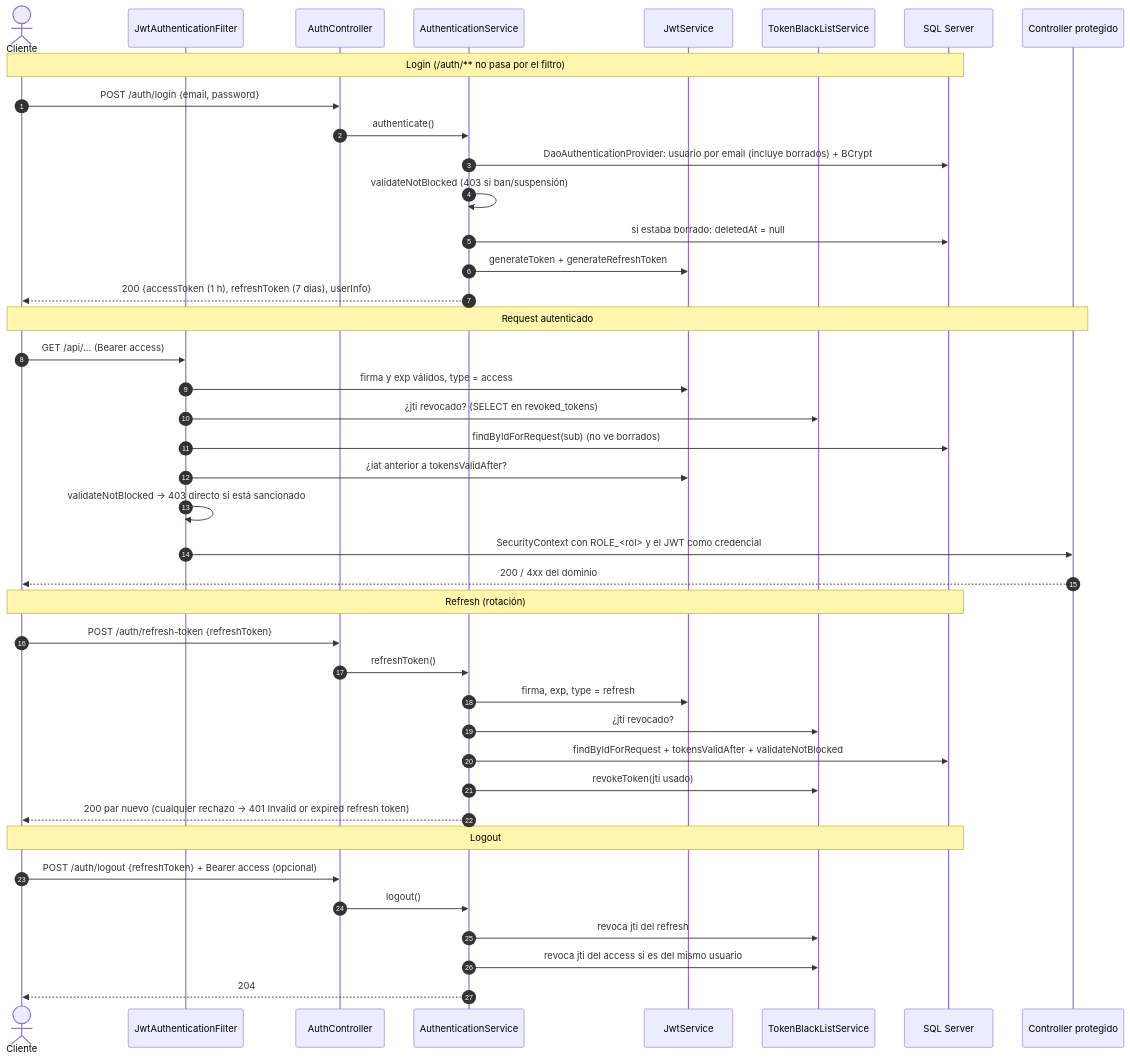
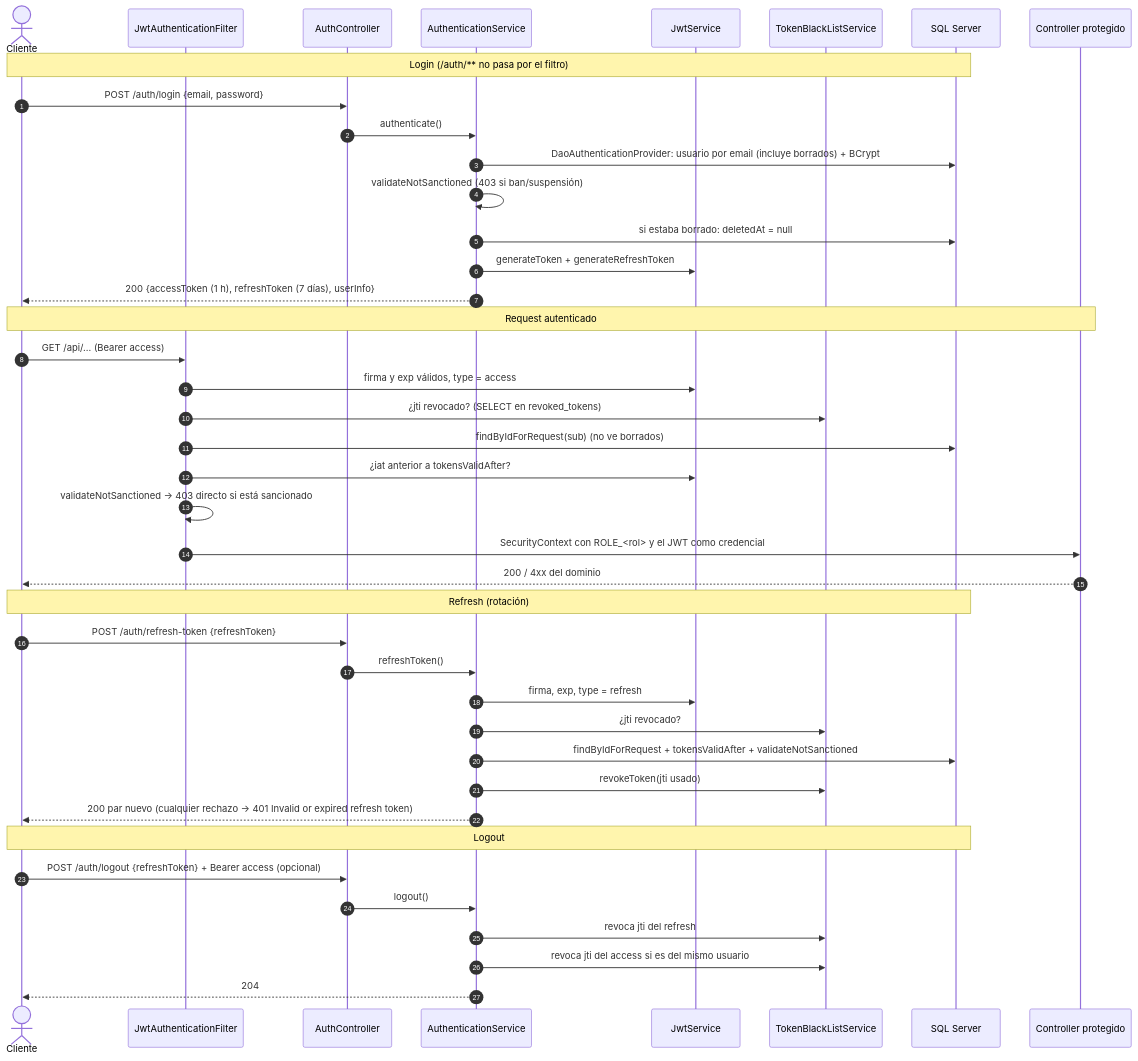
Before and after one commit to joseph517/vapati: the first of 2 diagrams in docs/arquitectura/03-seguridad.md, drawn with Mermaid. The commit also changed other lines of this file and 19 other files, not shown here.

````diff
--- a/docs/arquitectura/03-seguridad.md
+++ b/docs/arquitectura/03-seguridad.md
@@ -24,47 +24,47 @@
 ```mermaid
 sequenceDiagram
     autonumber
     actor C as Cliente
     participant F as JwtAuthenticationFilter
     participant AC as AuthController
     participant AS as AuthenticationService
     participant J as JwtService
     participant BL as TokenBlackListService
     participant DB as SQL Server
     participant API as Controller protegido
 
     Note over C,DB: Login (/auth/** no pasa por el filtro)
     C->>AC: POST /auth/login {email, password}
     AC->>AS: authenticate()
     AS->>DB: DaoAuthenticationProvider: usuario por email (incluye borrados) + BCrypt
-    AS->>AS: validateNotBlocked (403 si ban/suspensión)
+    AS->>AS: validateNotSanctioned (403 si ban/suspensión)
     AS->>DB: si estaba borrado: deletedAt = null
     AS->>J: generateToken + generateRefreshToken
     AS-->>C: 200 {accessToken (1 h), refreshToken (7 días), userInfo}
 
     Note over C,API: Request autenticado
     C->>F: GET /api/... (Bearer access)
     F->>J: firma y exp válidos, type = access
     F->>BL: ¿jti revocado? (SELECT en revoked_tokens)
     F->>DB: findByIdForRequest(sub) (no ve borrados)
     F->>J: ¿iat anterior a tokensValidAfter?
-    F->>F: validateNotBlocked → 403 directo si está sancionado
+    F->>F: validateNotSanctioned → 403 directo si está sancionado
     F->>API: SecurityContext con ROLE_<rol> y el JWT como credencial
     API-->>C: 200 / 4xx del dominio
 
     Note over C,DB: Refresh (rotación)
     C->>AC: POST /auth/refresh-token {refreshToken}
     AC->>AS: refreshToken()
     AS->>J: firma, exp, type = refresh
     AS->>BL: ¿jti revocado?
-    AS->>DB: findByIdForRequest + tokensValidAfter + validateNotBlocked
+    AS->>DB: findByIdForRequest + tokensValidAfter + validateNotSanctioned
     AS->>BL: revokeToken(jti usado)
     AS-->>C: 200 par nuevo (cualquier rechazo → 401 Invalid or expired refresh token)
 
     Note over C,DB: Logout
     C->>AC: POST /auth/logout {refreshToken} + Bearer access (opcional)
     AC->>AS: logout()
     AS->>BL: revoca jti del refresh
     AS->>BL: revoca jti del access si es del mismo usuario
     AS-->>C: 204
 ```
````
